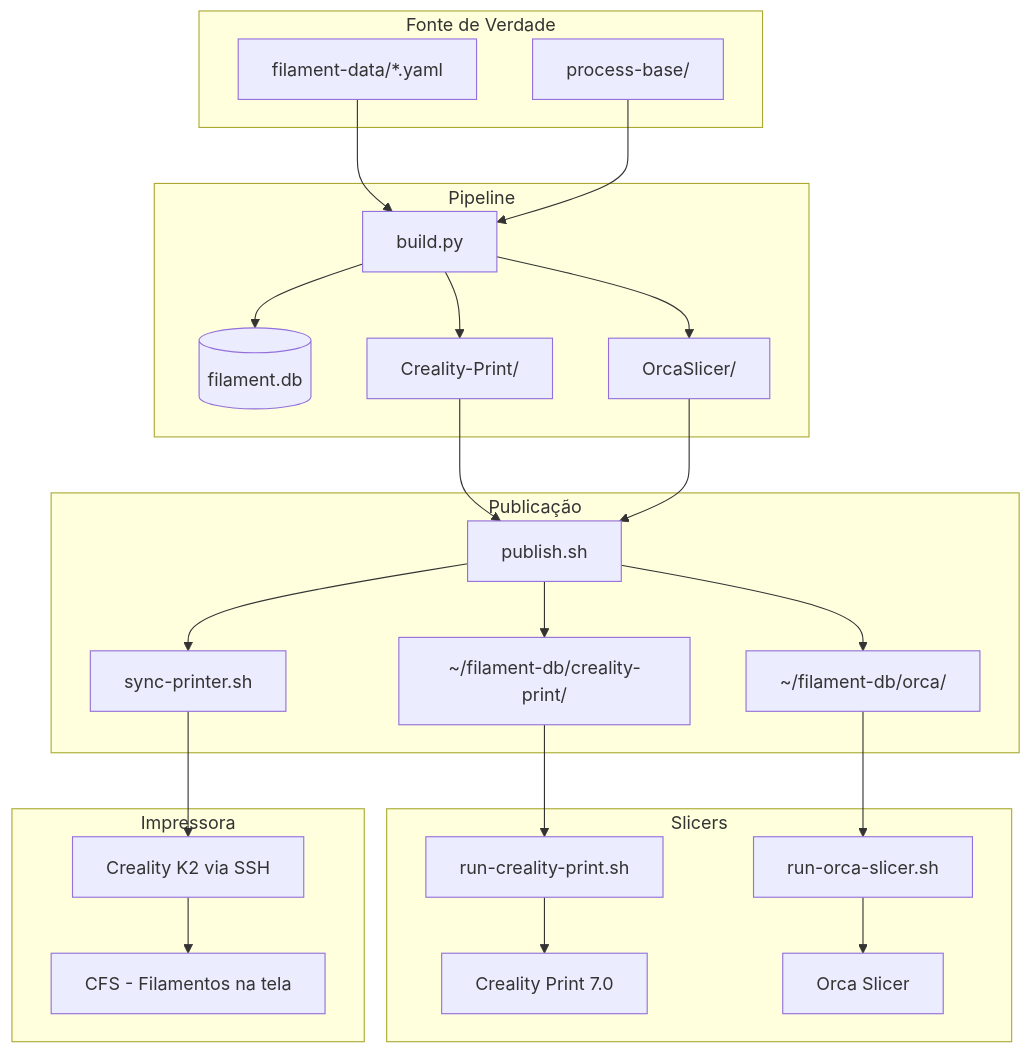
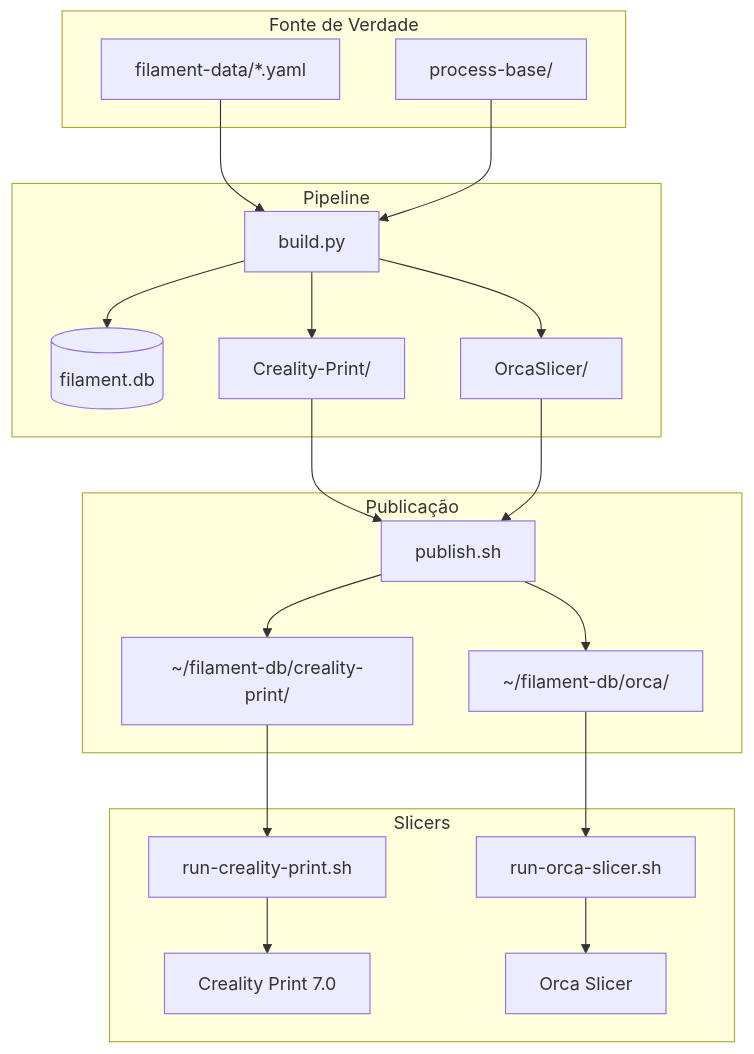
Before and after one commit to RafaelFino/FilamentDB: the third of 4 diagrams in README.md, drawn with Mermaid. The commit also changed other lines of this file and 6 other files, not shown here.

Commit message:
Remove filament sync to printer

````diff
--- a/README.md
+++ b/README.md
@@ -227,35 +227,29 @@
 ```mermaid
 flowchart TD
     subgraph Fonte de Verdade
         FD[filament-data/*.yaml]
         PB[process-base/]
     end
 
     subgraph Pipeline
         FD --> BUILD[build.py]
         PB --> BUILD
         BUILD --> DB[(filament.db)]
         BUILD --> CP_OUT[Creality-Print/]
         BUILD --> ORCA_OUT[OrcaSlicer/]
     end
 
     subgraph Publicação
         CP_OUT --> PUB[publish.sh]
         ORCA_OUT --> PUB
         PUB --> FDB_CP[~/filament-db/creality-print/]
         PUB --> FDB_ORCA[~/filament-db/orca/]
-        PUB --> SYNC[sync-printer.sh]
     end
 
     subgraph Slicers
         FDB_CP --> RCP[run-creality-print.sh]
         FDB_ORCA --> RORCA[run-orca-slicer.sh]
         RCP --> CP[Creality Print 7.0]
         RORCA --> ORCA[Orca Slicer]
     end
-
-    subgraph Impressora
-        SYNC --> K2[Creality K2 via SSH]
-        K2 --> CFS[CFS - Filamentos na tela]
-    end
 ```
````
